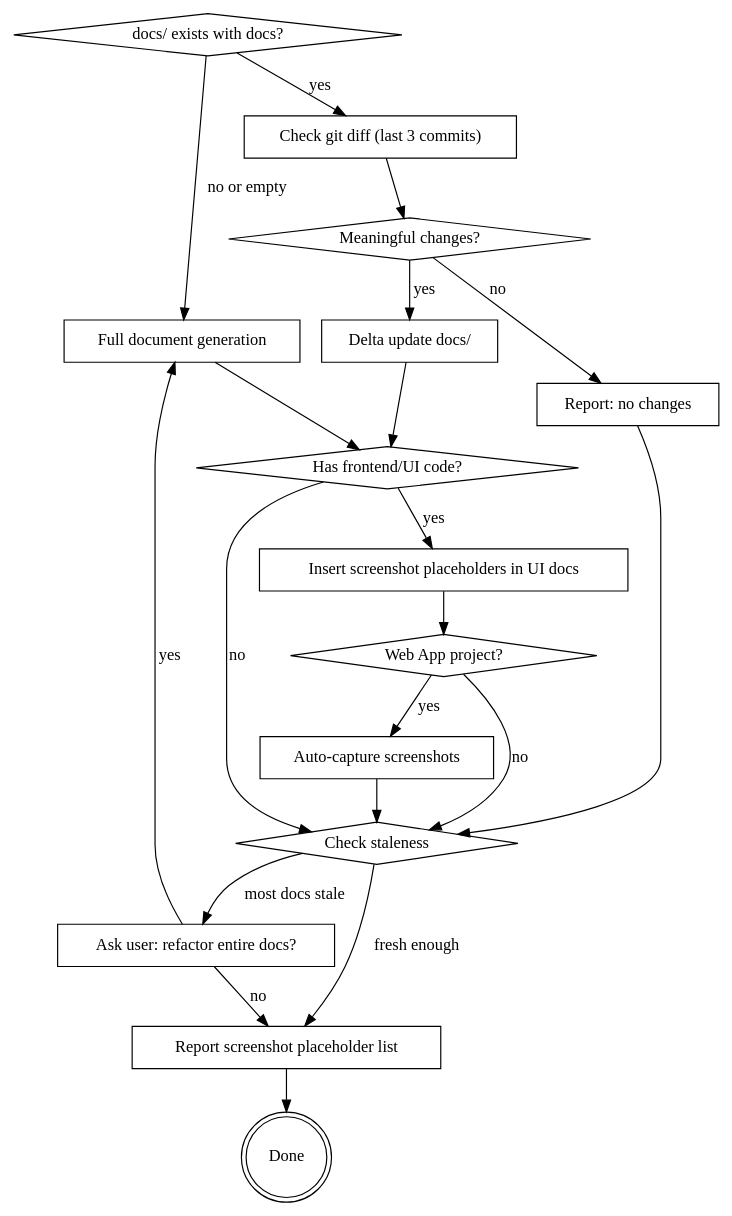
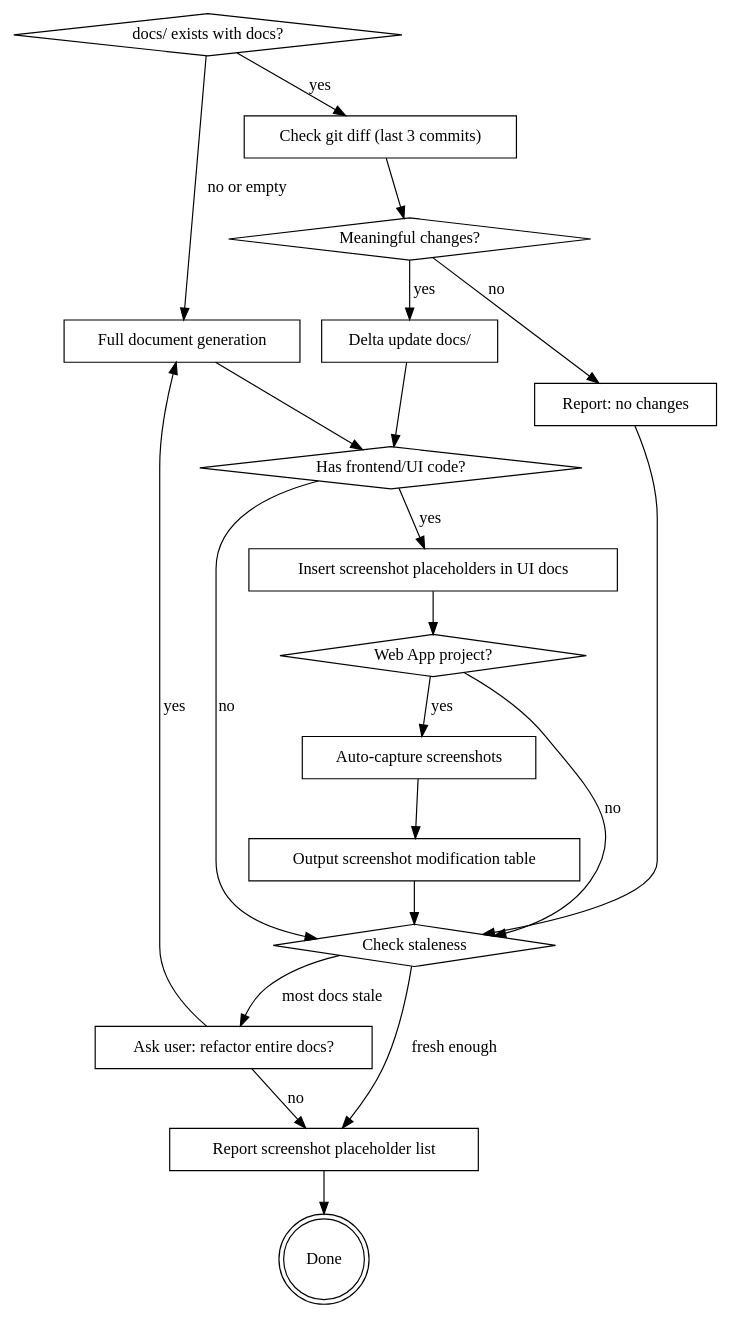
Before and after one commit to zhang-songhan/yanzhi-docs-generator: the diagram in skills/writing-docs/SKILL.md, drawn with Graphviz. The commit also changed other lines of this file and 2 other files, not shown here.

First line of the commit message:
docs.: enhance delta screenshot handling with modification table, scroll coverage, and auto-capture strategy

````diff
--- a/skills/writing-docs/SKILL.md
+++ b/skills/writing-docs/SKILL.md
@@ -12,38 +12,40 @@
 ```dot
 digraph document_flow {
     "docs/ exists with docs?" [shape=diamond];
     "Full document generation" [shape=box];
     "Check git diff (last 3 commits)" [shape=box];
     "Meaningful changes?" [shape=diamond];
     "Delta update docs/" [shape=box];
     "Report: no changes" [shape=box];
     "Has frontend/UI code?" [shape=diamond];
     "Insert screenshot placeholders in UI docs" [shape=box];
     "Web App project?" [shape=diamond];
     "Auto-capture screenshots" [shape=box];
     "Check staleness" [shape=diamond];
     "Ask user: refactor entire docs?" [shape=box];
+    "Output screenshot modification table" [shape=box];
     "Report screenshot placeholder list" [shape=box];
     "Done" [shape=doublecircle];
 
     "docs/ exists with docs?" -> "Full document generation" [label="no or empty"];
     "docs/ exists with docs?" -> "Check git diff (last 3 commits)" [label="yes"];
     "Full document generation" -> "Has frontend/UI code?";
     "Check git diff (last 3 commits)" -> "Meaningful changes?";
     "Meaningful changes?" -> "Delta update docs/" [label="yes"];
     "Meaningful changes?" -> "Report: no changes" [label="no"];
     "Delta update docs/" -> "Has frontend/UI code?";
     "Has frontend/UI code?" -> "Insert screenshot placeholders in UI docs" [label="yes"];
     "Has frontend/UI code?" -> "Check staleness" [label="no"];
     "Insert screenshot placeholders in UI docs" -> "Web App project?";
     "Web App project?" -> "Auto-capture screenshots" [label="yes"];
     "Web App project?" -> "Check staleness" [label="no"];
-    "Auto-capture screenshots" -> "Check staleness";
+    "Auto-capture screenshots" -> "Output screenshot modification table";
+    "Output screenshot modification table" -> "Check staleness";
     "Report: no changes" -> "Check staleness";
     "Check staleness" -> "Ask user: refactor entire docs?" [label="most docs stale"];
     "Check staleness" -> "Report screenshot placeholder list" [label="fresh enough"];
     "Ask user: refactor entire docs?" -> "Full document generation" [label="yes"];
     "Ask user: refactor entire docs?" -> "Report screenshot placeholder list" [label="no"];
     "Report screenshot placeholder list" -> "Done";
 }
 ```
````
